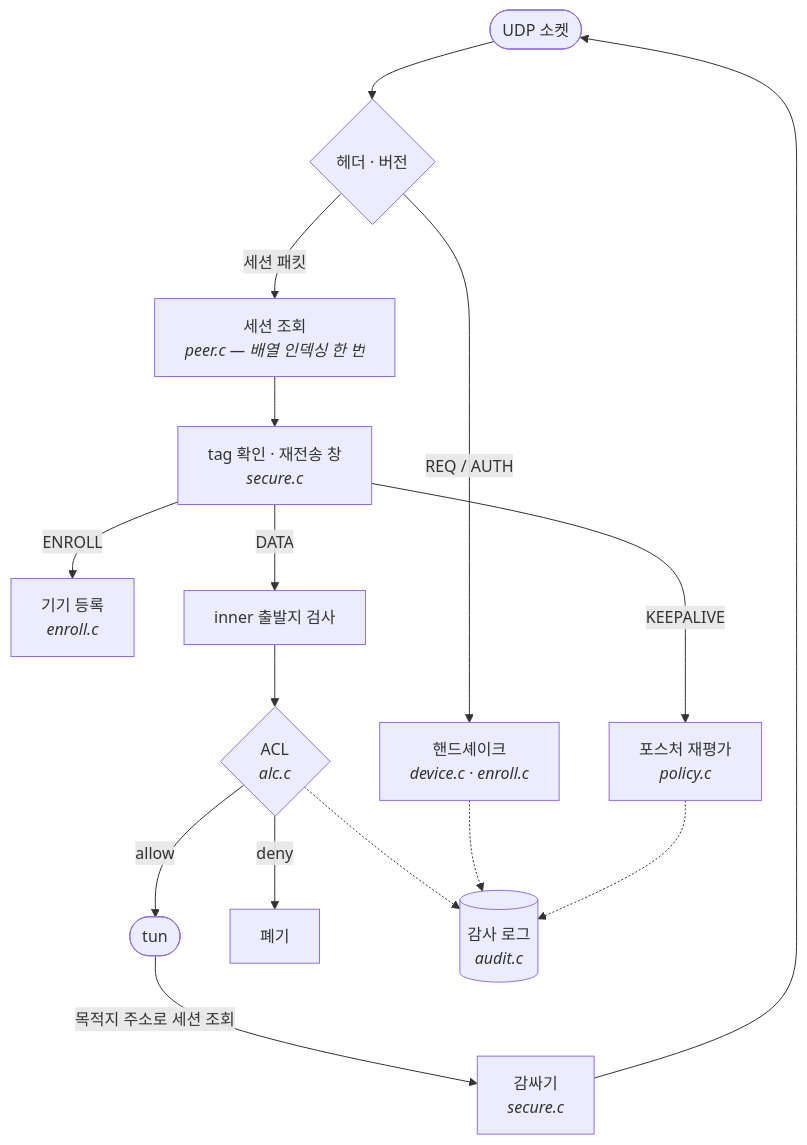
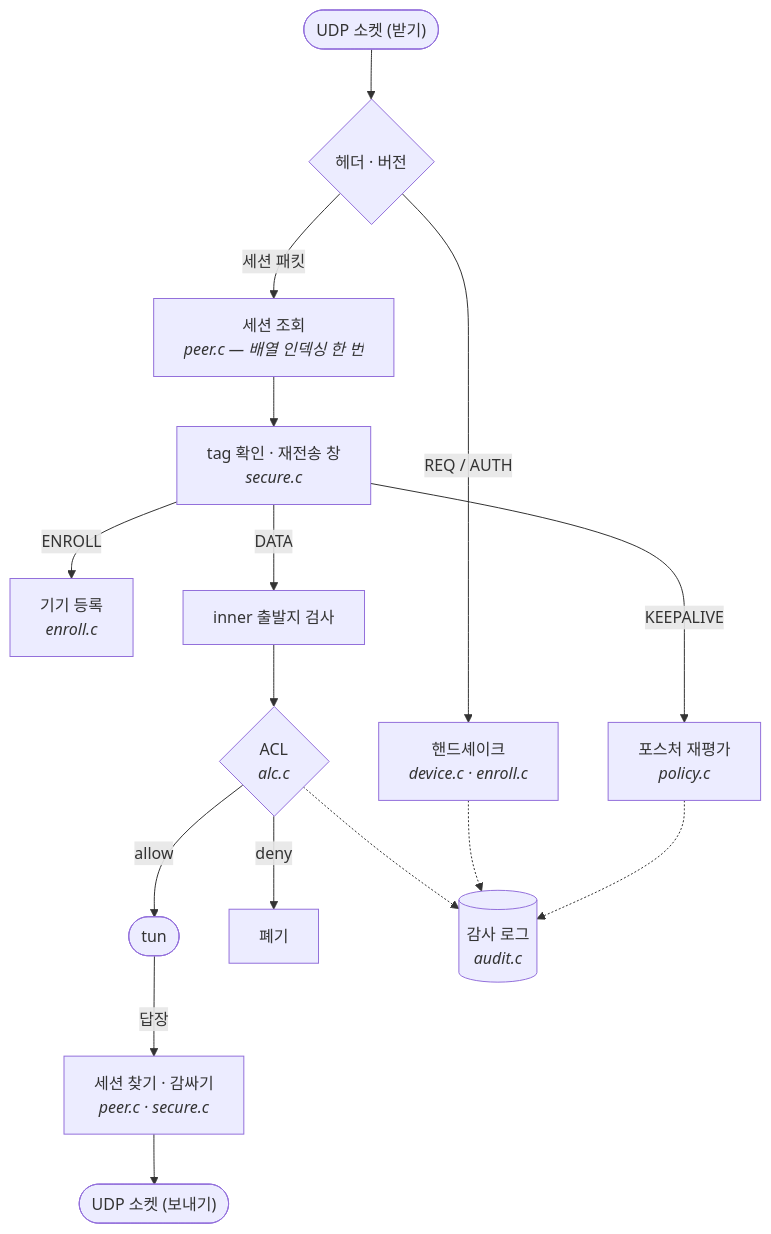
Before and after one commit to k1msatgat/ztgate: the seventh of 7 diagrams in README.md, drawn with Mermaid. The commit also changed other lines of this file, not shown here.

````diff
--- a/README.md
+++ b/README.md
@@ -519,17 +509,17 @@
 ```mermaid
 flowchart TB
-    UDP(["UDP 소켓"]) --> HDR{"헤더 · 버전"}
+    UDP(["UDP 소켓 (받기)"]) --> HDR{"헤더 · 버전"}
     HDR -->|"REQ / AUTH"| HS["핸드셰이크<br/><i>device.c · enroll.c</i>"]
     HDR -->|"세션 패킷"| IDX["세션 조회<br/><i>peer.c — 배열 인덱싱 한 번</i>"]
     IDX --> OPEN["tag 확인 · 재전송 창<br/><i>secure.c</i>"]
     OPEN -->|"KEEPALIVE"| KA["포스처 재평가<br/><i>policy.c</i>"]
     OPEN -->|"ENROLL"| ENR["기기 등록<br/><i>enroll.c</i>"]
     OPEN -->|"DATA"| SRC["inner 출발지 검사"]
     SRC --> ACL{"ACL<br/><i>alc.c</i>"}
     ACL -->|"allow"| TUN(["tun"])
     ACL -->|"deny"| DROP["폐기"]
     ACL -.-> AUD[("감사 로그<br/><i>audit.c</i>")]
     HS -.-> AUD
     KA -.-> AUD
-    TUN -->|"목적지 주소로 세션 조회"| SEAL["감싸기<br/><i>secure.c</i>"] --> UDP
+    TUN -->|"답장"| SEAL["세션 찾기 · 감싸기<br/><i>peer.c · secure.c</i>"] --> OUT(["UDP 소켓 (보내기)"])
 ```
````
